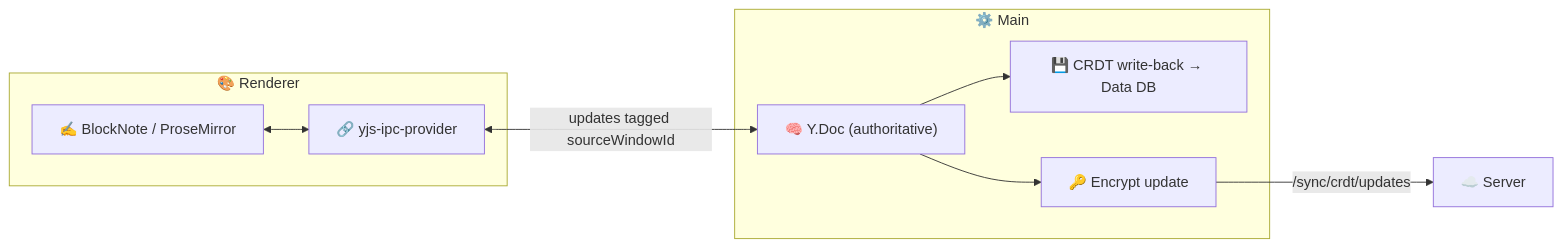
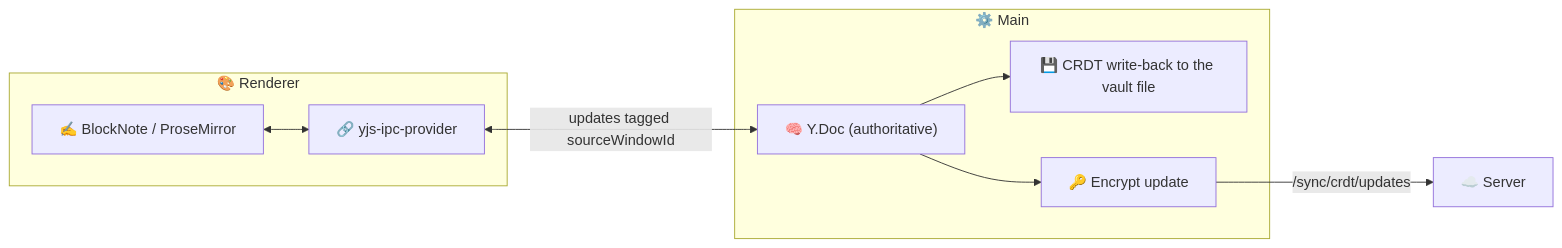
The fourth of 6 diagrams in docs/ARCHITECTURE.md (memrynote/memry), drawn with Mermaid before and after one commit. The commit also changed other lines of this file and 7 other files, not shown here.

First line of the commit message:
docs(docs,sync-server): bring the architecture and contributor docs up to date

````diff
--- a/docs/ARCHITECTURE.md
+++ b/docs/ARCHITECTURE.md
@@ -358,17 +386,17 @@
 ```mermaid
 flowchart LR
   subgraph R["🎨 Renderer"]
     BN["✍️ BlockNote / ProseMirror"]
     Prov["🔗 yjs-ipc-provider"]
   end
   subgraph M["⚙️ Main"]
     Doc["🧠 Y.Doc (authoritative)"]
-    WB["💾 CRDT write-back → Data DB"]
+    WB["💾 CRDT write-back to the vault file"]
     Enc["🔑 Encrypt update"]
   end
   BN <--> Prov
   Prov <-->|"updates tagged sourceWindowId"| Doc
   Doc --> WB
   Doc --> Enc
   Enc -->|"/sync/crdt/updates"| Cloud["☁️ Server"]
 ```
````
